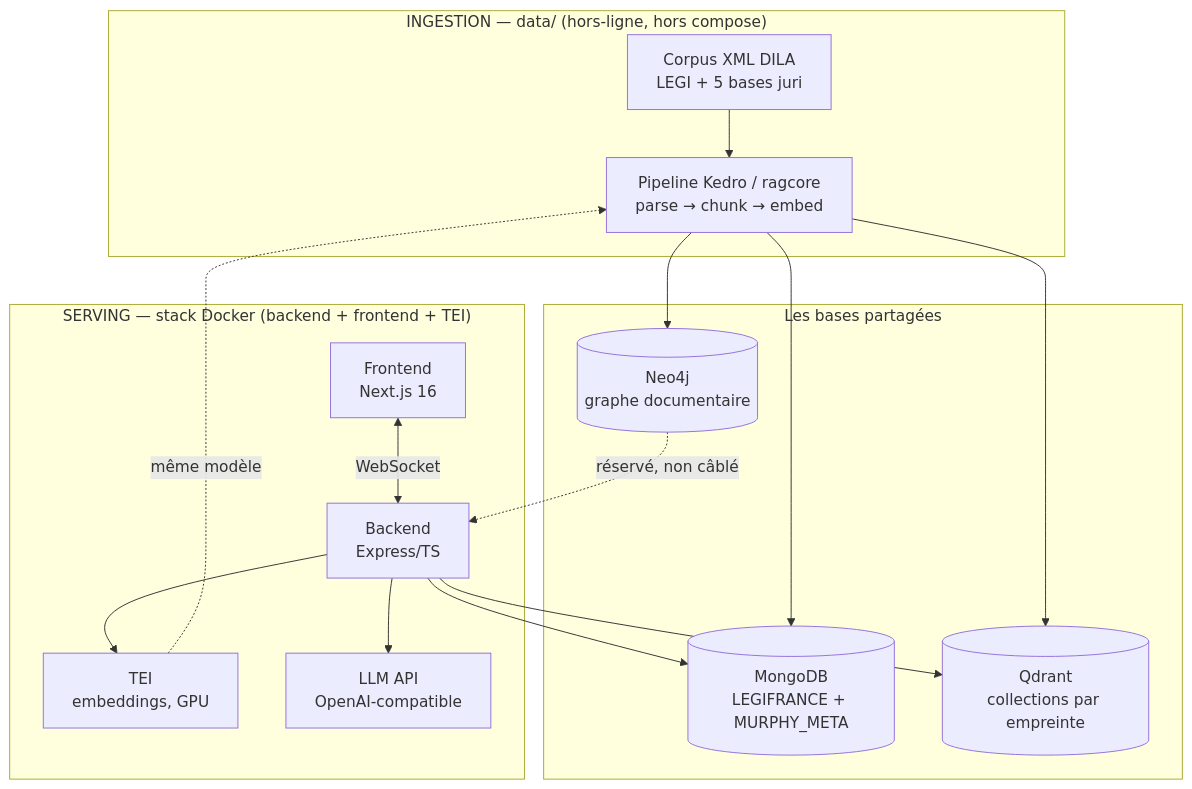
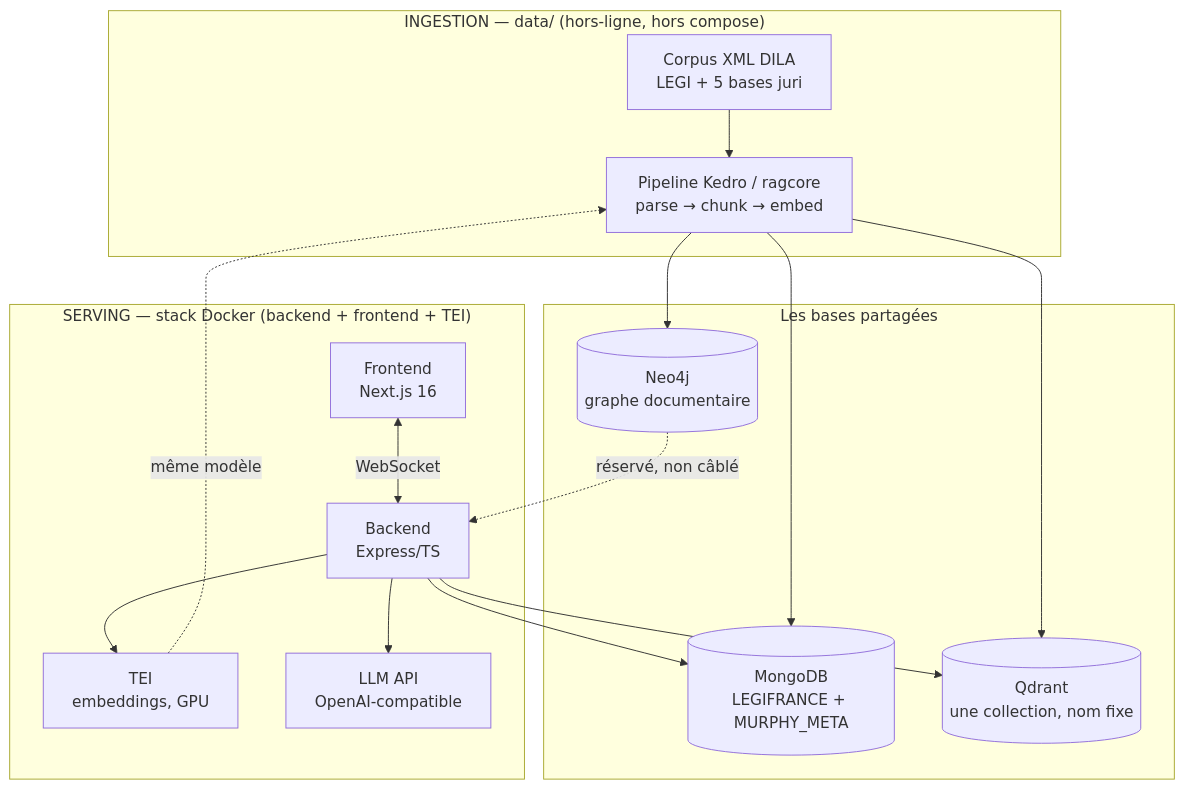
One commit to nmoutou/murphy changed the diagram in docs/technical/ARCHITECTURE.md. Above: the diagram before and after it, drawn with Mermaid. The commit also changed other lines of this file and 146 other files, not shown here.

First line of the commit message:
refactor: retrait de owner_id, des versions de schéma et de l'empreinte de collection

````diff
--- a/docs/technical/ARCHITECTURE.md
+++ b/docs/technical/ARCHITECTURE.md
@@ -18,23 +18,23 @@
 ```mermaid
 flowchart TB
     subgraph ingestion ["INGESTION — data/ (hors-ligne, hors compose)"]
         XML[Corpus XML DILA<br>LEGI + 5 bases juri] --> Kedro[Pipeline Kedro / ragcore<br>parse → chunk → embed]
     end
 
     subgraph stores ["Les bases partagées"]
         Mongo[(MongoDB<br>LEGIFRANCE + MURPHY_META)]
-        Qdrant[(Qdrant<br>collections par empreinte)]
+        Qdrant[(Qdrant<br>une collection, nom fixe)]
         Neo4j[(Neo4j<br>graphe documentaire)]
     end
 
     subgraph serving ["SERVING — stack Docker (backend + frontend + TEI)"]
         Front[Frontend<br>Next.js 16] <-- WebSocket --> Back[Backend<br>Express/TS]
         Back --> TEI[TEI<br>embeddings, GPU]
         Back --> LLM[LLM API<br>OpenAI-compatible]
     end
 
     Kedro --> Mongo & Qdrant & Neo4j
     TEI -.->|même modèle| Kedro
     Back --> Mongo & Qdrant
     Neo4j -.->|réservé, non câblé| Back
 ```
````
